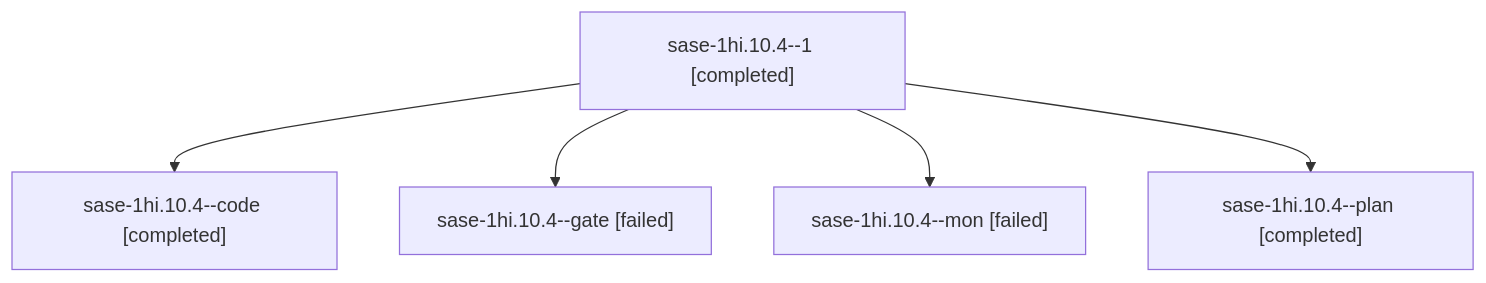
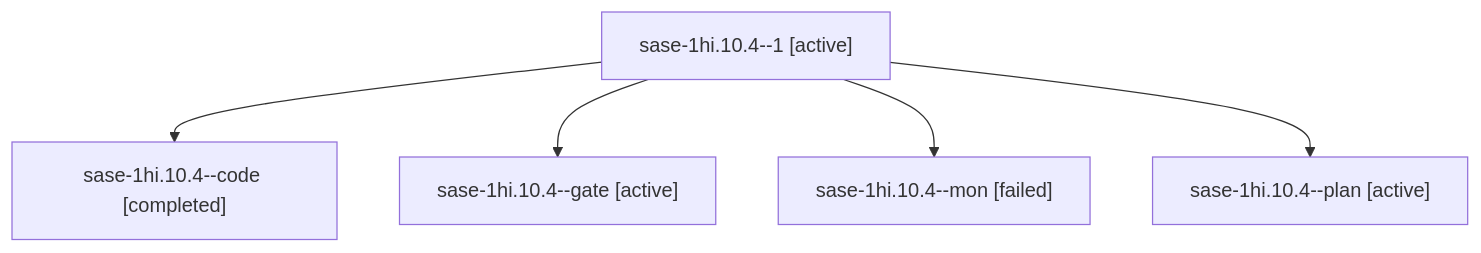
One commit to sase-org/sase--agents changed the diagram in sessions/bbugyi200.apollo.sase-1hi.10.4.md. Above: the diagram before and after it, drawn with Mermaid. The commit also changed other lines of this file and 330 other files, not shown here.

````diff
--- a/sessions/bbugyi200.apollo.sase-1hi.10.4.md
+++ b/sessions/bbugyi200.apollo.sase-1hi.10.4.md
@@ -9,12 +9,12 @@
 ```mermaid
 flowchart TD
-  n0["sase-1hi.10.4--1 [completed]"]
+  n0["sase-1hi.10.4--1 [active]"]
   n1["sase-1hi.10.4--code [completed]"]
   n0 --> n1
-  n2["sase-1hi.10.4--gate [failed]"]
+  n2["sase-1hi.10.4--gate [active]"]
   n0 --> n2
   n3["sase-1hi.10.4--mon [failed]"]
   n0 --> n3
-  n4["sase-1hi.10.4--plan [completed]"]
+  n4["sase-1hi.10.4--plan [active]"]
   n0 --> n4
 ```
````
